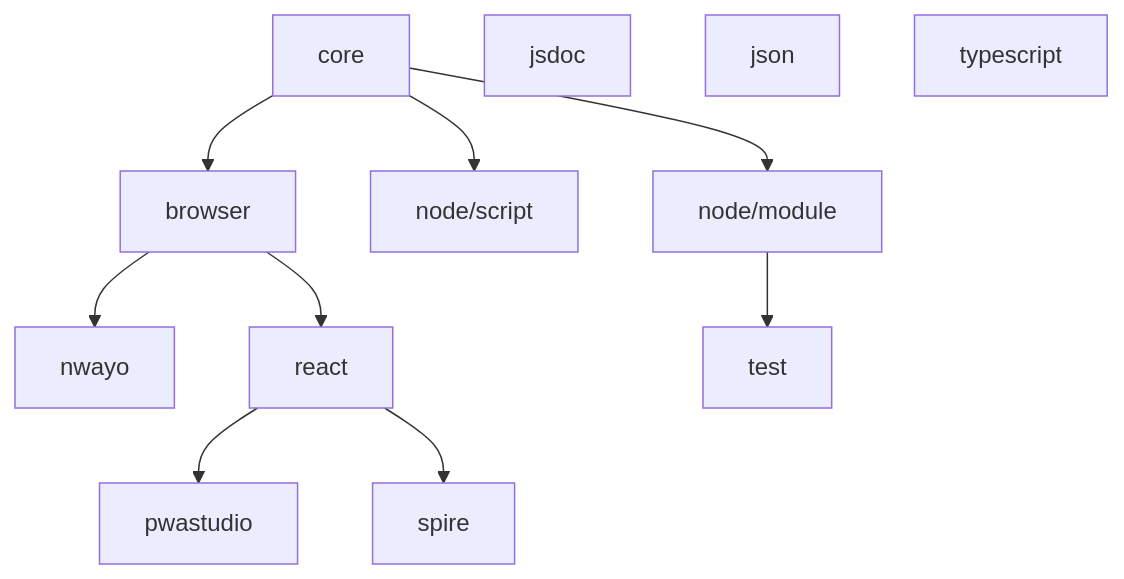
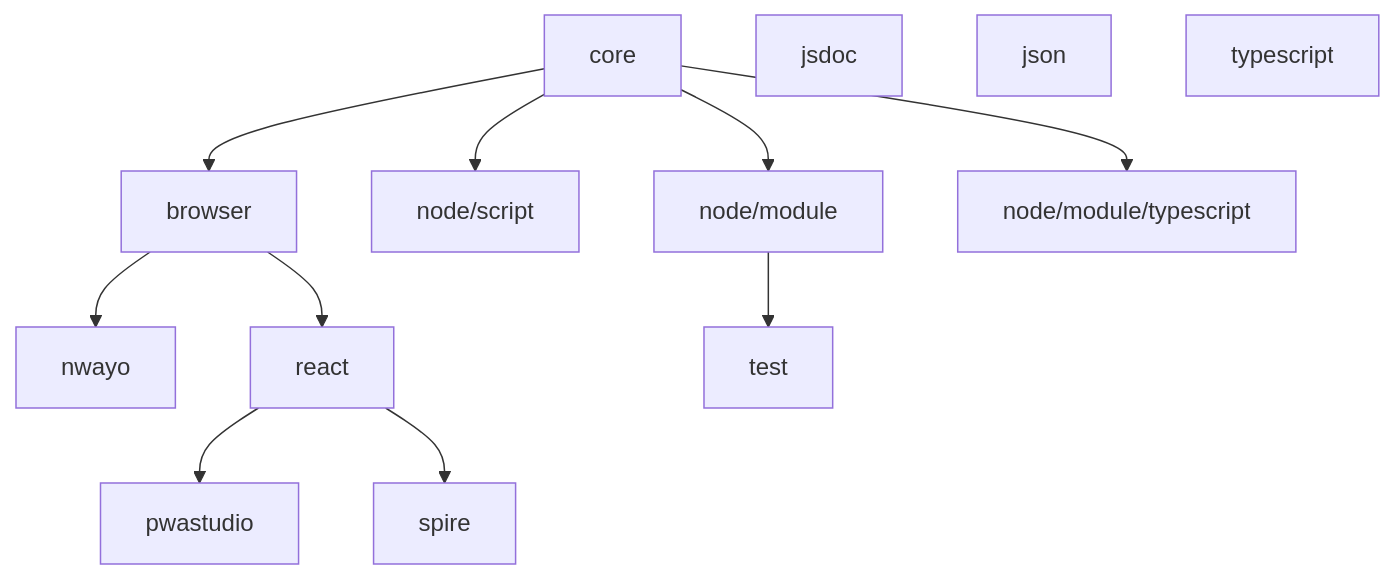
Before and after one commit to valtech-commerce/eslint-config: the diagram in README.md, drawn with Mermaid. The commit also changed 14 other files, not shown here.

````diff
--- a/README.md
+++ b/README.md
@@ -26,10 +26,10 @@
 ```mermaid
   graph TD;
-    core --> browser & node/script & node/module
+    core --> browser & node/script & node/module & node/module/typescript
       browser --> nwayo & react
         react --> pwastudio & spire
       node/module --> test
     jsdoc
     json
     typescript
 ```
````
